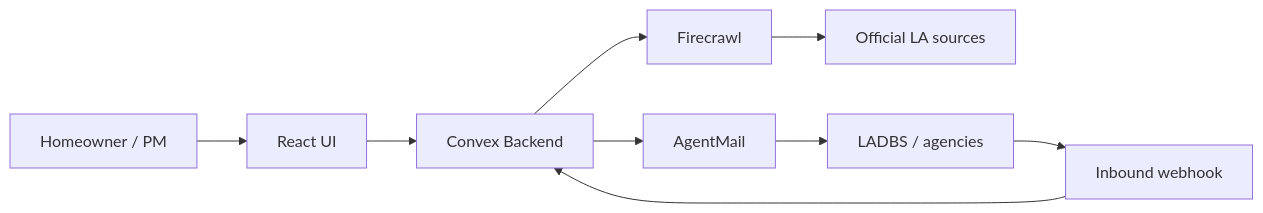
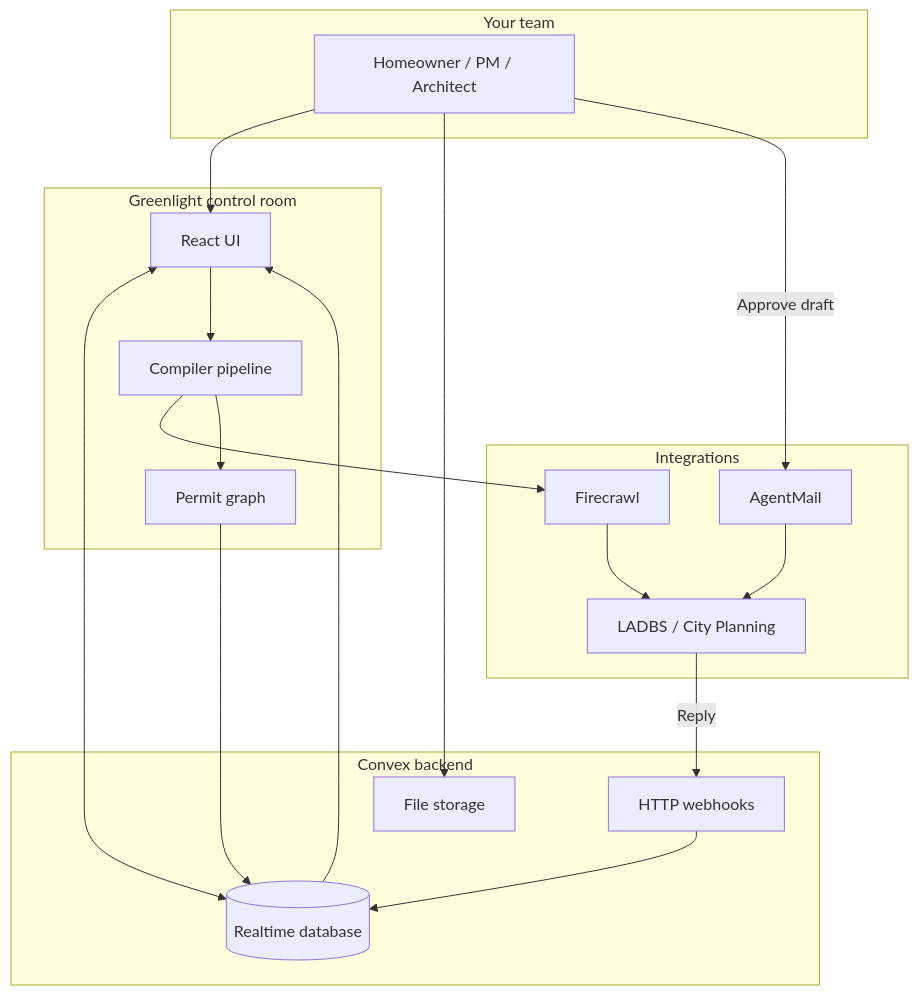
Before and after one commit to AryanSaxenaa/greenlight: the diagram in README.md, drawn with Mermaid. The commit also changed other lines of this file and 13 other files, not shown here.

````diff
--- a/README.md
+++ b/README.md
@@ -31,11 +112,38 @@
 ```mermaid
-flowchart LR
-  User[Homeowner / PM] --> UI[React UI]
-  UI --> Convex[Convex Backend]
-  Convex --> Firecrawl[Firecrawl]
-  Convex --> AgentMail[AgentMail]
-  Firecrawl --> Sources[Official LA sources]
-  AgentMail --> Agency[LADBS / agencies]
-  Agency --> Webhook[Inbound webhook]
-  Webhook --> Convex
+flowchart TB
+  subgraph user["Your team"]
+    U[Homeowner / PM / Architect]
+  end
+
+  subgraph greenlight["Greenlight control room"]
+    UI[React UI]
+    PG[Permit graph]
+    CR[Compiler pipeline]
+  end
+
+  subgraph convex["Convex backend"]
+    DB[(Realtime database)]
+    FS[File storage]
+    HTTP[HTTP webhooks]
+  end
+
+  subgraph external["Integrations"]
+    FC[Firecrawl]
+    AM[AgentMail]
+    LA[LADBS / City Planning]
+  end
+
+  U --> UI
+  UI <--> DB
+  UI --> CR
+  CR --> FC
+  FC --> LA
+  CR --> PG
+  PG --> DB
+  U --> FS
+  U -->|Approve draft| AM
+  AM --> LA
+  LA -->|Reply| HTTP
+  HTTP --> DB
+  DB --> UI
 ```
````
